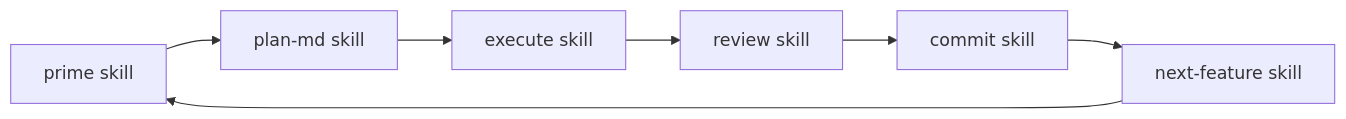
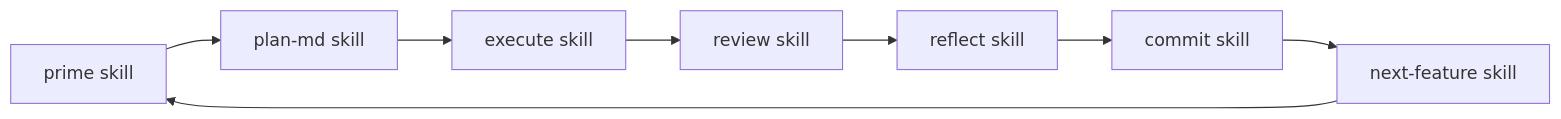
Before and after one commit to masta-g3/rules: the diagram in docs/STRUCTURE.md, drawn with Mermaid. The commit also changed other lines of this file and 10 other files, not shown here.

````diff
--- a/docs/STRUCTURE.md
+++ b/docs/STRUCTURE.md
@@ -60,9 +61,10 @@
 ```mermaid
 graph LR
     prime["prime skill"] --> plan["plan-md skill"]
     plan --> execute["execute skill"]
     execute --> review["review skill"]
-    review --> commit["commit skill"]
+    review --> reflect["reflect skill"]
+    reflect --> commit["commit skill"]
     commit --> next["next-feature skill"]
     next --> prime
 ```
````
